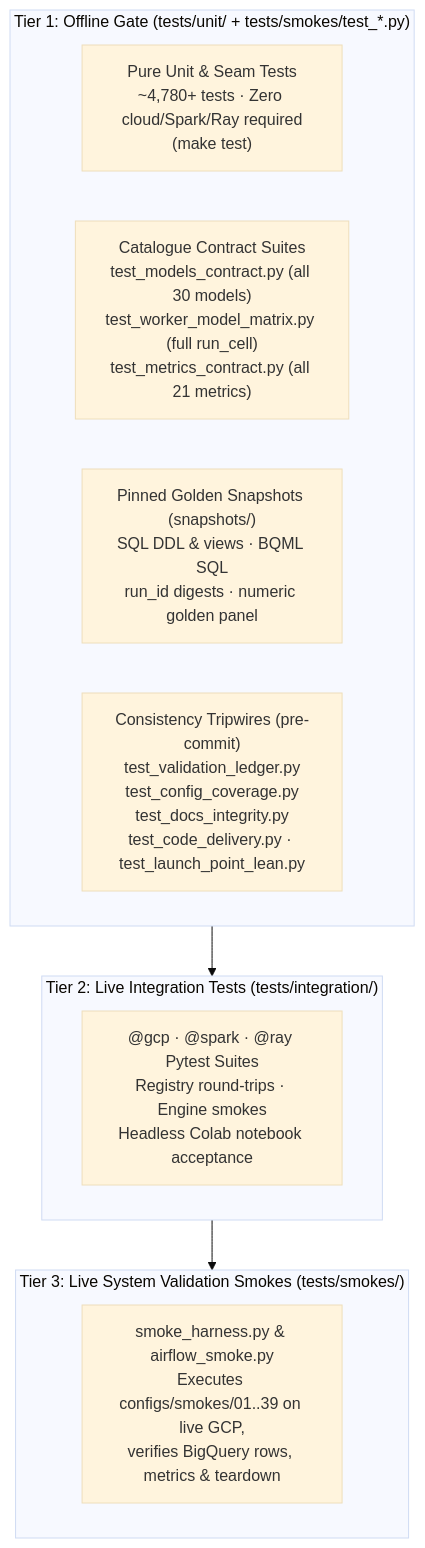
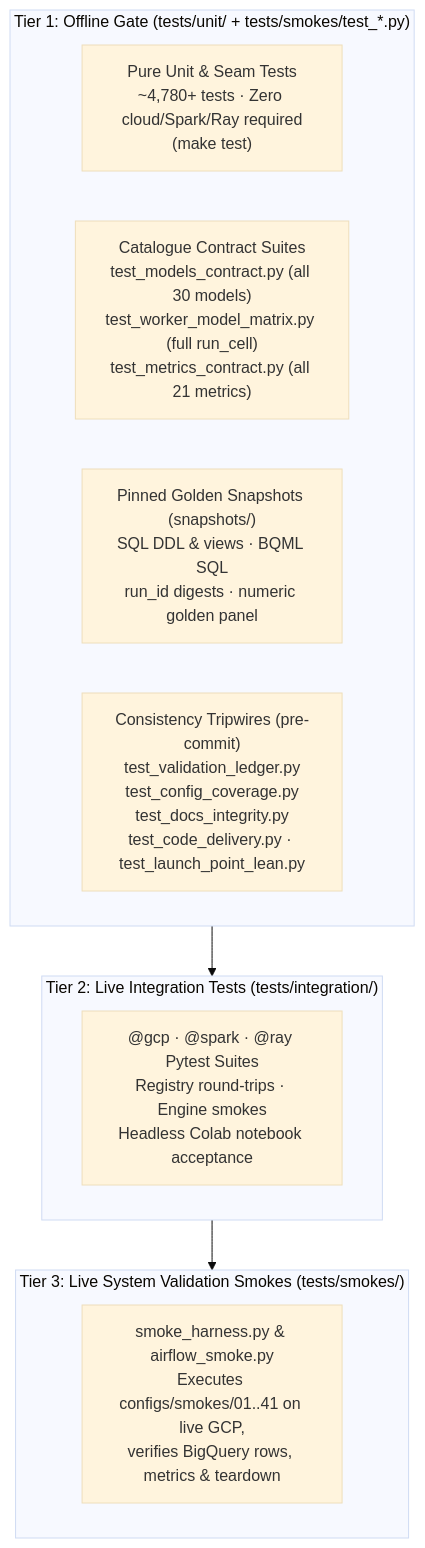
The diagram in tests/README.md (statmike/scale-forecasting), drawn with Mermaid (base theme) before and after one commit. The commit also changed 59 other files, not shown here.

````diff
--- a/tests/README.md
+++ b/tests/README.md
@@ -5,20 +5,20 @@
 ```mermaid
 flowchart TB
     subgraph offline["Tier 1: Offline Gate (tests/unit/ + tests/smokes/test_*.py)"]
         direction LR
         unit["Pure Unit & Seam Tests<br/>~4,780+ tests · Zero cloud/Spark/Ray required<br/>(make test)"]
         contracts["Catalogue Contract Suites<br/>test_models_contract.py (all 30 models)<br/>test_worker_model_matrix.py (full run_cell)<br/>test_metrics_contract.py (all 21 metrics)"]
         snaps["Pinned Golden Snapshots (snapshots/)<br/>SQL DDL & views · BQML SQL<br/>run_id digests · numeric golden panel"]
         trips["Consistency Tripwires (pre-commit)<br/>test_validation_ledger.py<br/>test_config_coverage.py<br/>test_docs_integrity.py<br/>test_code_delivery.py · test_launch_point_lean.py"]
     end
 
     subgraph integ["Tier 2: Live Integration Tests (tests/integration/)"]
         it["@gcp · @spark · @ray Pytest Suites<br/>Registry round-trips · Engine smokes<br/>Headless Colab notebook acceptance"]
     end
 
     subgraph smokes["Tier 3: Live System Validation Smokes (tests/smokes/)"]
-        sh["smoke_harness.py & airflow_smoke.py<br/>Executes configs/smokes/01..39 on live GCP,<br/>verifies BigQuery rows, metrics & teardown"]
+        sh["smoke_harness.py & airflow_smoke.py<br/>Executes configs/smokes/01..41 on live GCP,<br/>verifies BigQuery rows, metrics & teardown"]
     end
 
     offline --> integ --> smokes
 ```
````
